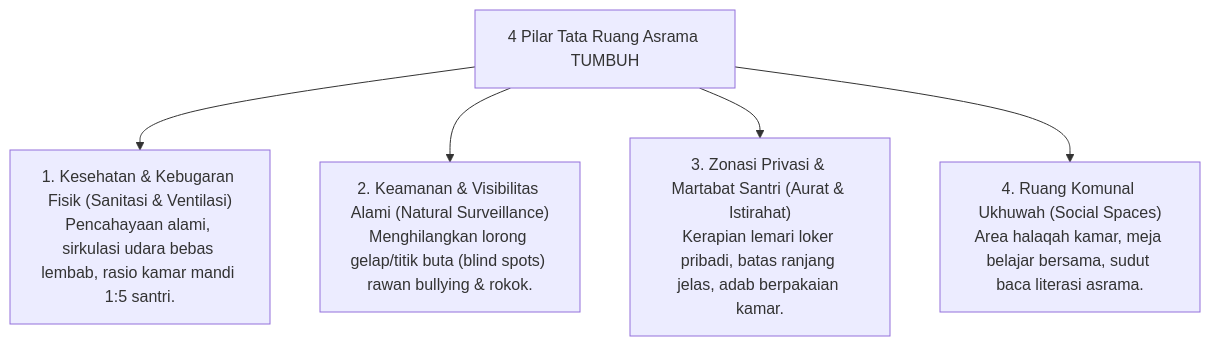
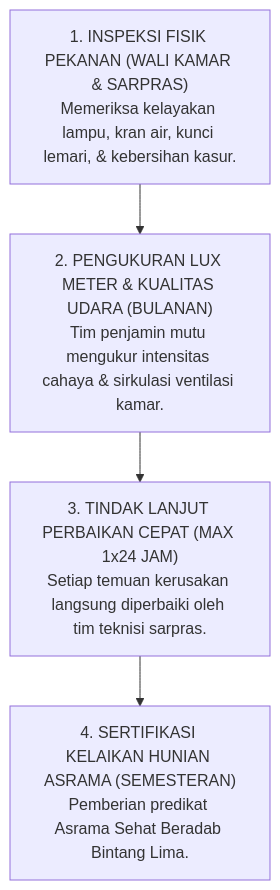
The eighth of 8 diagrams in 02 Principles/02 Design Principles/P2-02-02-Prinsip-Desain-Arsitektur-Asrama-24-Jam.md (wandiapriliyandi/tumbuh), drawn with Mermaid before and after one commit. The commit also changed other lines of this file and 42 other files, not shown here.

````diff
--- a/02 Principles/02 Design Principles/P2-02-02-Prinsip-Desain-Arsitektur-Asrama-24-Jam.md
+++ b/02 Principles/02 Design Principles/P2-02-02-Prinsip-Desain-Arsitektur-Asrama-24-Jam.md
@@ -10,9 +277,12 @@
 ```mermaid
-graph TD
-    Asrama["4 Pilar Tata Ruang Asrama TUMBUH"]
+flowchart TD
+    Audit1["1. INSPEKSI FISIK PEKANAN (WALI KAMAR & SARPRAS)<br/>Memeriksa kelayakan lampu, kran air, kunci lemari, & kebersihan kasur."]
     
-    Asrama --> P1["1. Kesehatan & Kebugaran Fisik (Sanitasi & Ventilasi)<br/>Pencahayaan alami, sirkulasi udara bebas lembab, rasio kamar mandi 1:5 santri."]
-    Asrama --> P2["2. Keamanan & Visibilitas Alami (Natural Surveillance)<br/>Menghilangkan lorong gelap/titik buta (blind spots) rawan bullying & rokok."]
-    Asrama --> P3["3. Zonasi Privasi & Martabat Santri (Aurat & Istirahat)<br/>Kerapian lemari loker pribadi, batas ranjang jelas, adab berpakaian kamar."]
-    Asrama --> P4["4. Ruang Komunal Ukhuwah (Social Spaces)<br/>Area halaqah kamar, meja belajar bersama, sudut baca literasi asrama."]
+    Audit2["2. PENGUKURAN LUX METER & KUALITAS UDARA (BULANAN)<br/>Tim penjamin mutu mengukur intensitas cahaya & sirkulasi ventilasi kamar."]
+    
+    Audit3["3. TINDAK LANJUT PERBAIKAN CEPAT (MAX 1x24 JAM)<br/>Setiap temuan kerusakan langsung diperbaiki oleh tim teknisi sarpras."]
+    
+    Audit4["4. SERTIFIKASI KELAIKAN HUNIAN ASRAMA (SEMESTERAN)<br/>Pemberian predikat Asrama Sehat Beradab Bintang Lima."]
+    
+    Audit1 --> Audit2 --> Audit3 --> Audit4
 ```
````
